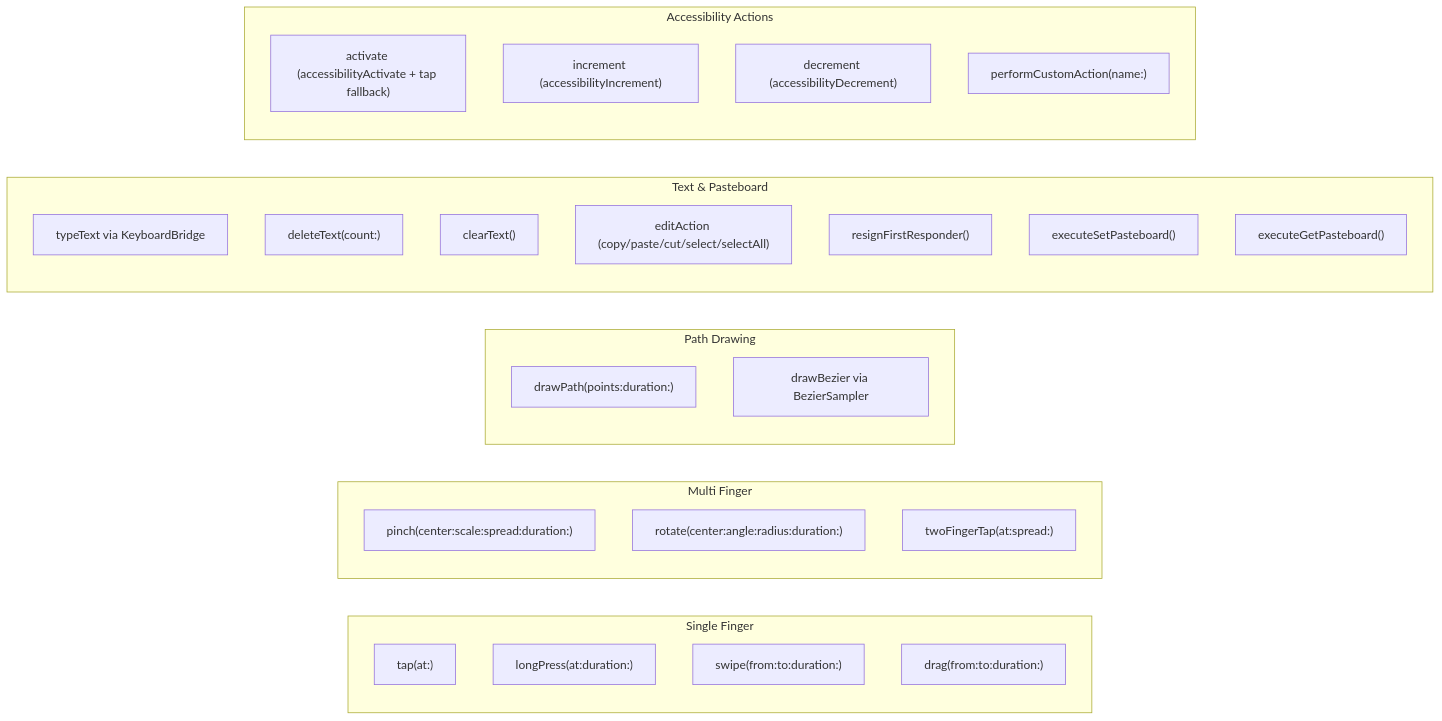
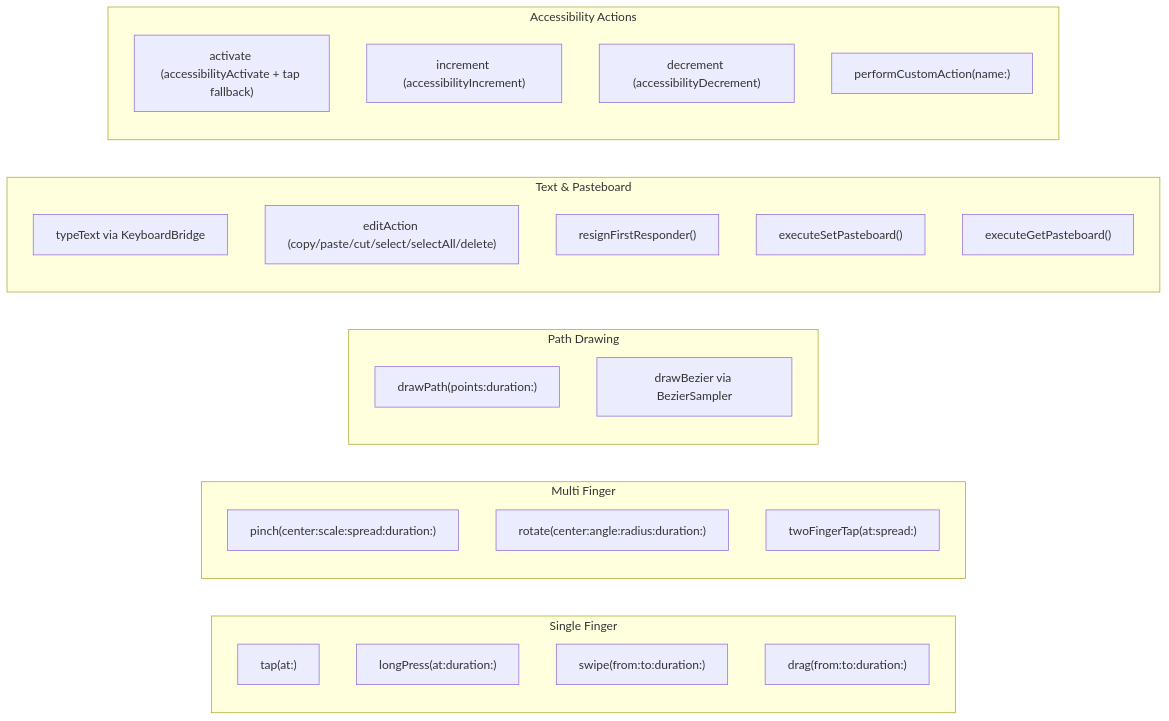
The third of 4 diagrams in docs/dossiers/14-THESAFECRACKER.md (RoyalPineapple/TheButtonHeist), drawn with Mermaid before and after one commit. The commit also changed 3 other files, not shown here.

Commit message:
Remove legacy type text edit paths

````diff
--- a/docs/dossiers/14-THESAFECRACKER.md
+++ b/docs/dossiers/14-THESAFECRACKER.md
@@ -144,37 +144,35 @@
 ```mermaid
 graph LR
     subgraph SingleFinger["Single Finger"]
         Tap["tap(at:)"]
         LongPress["longPress(at:duration:)"]
         Swipe["swipe(from:to:duration:)"]
         Drag["drag(from:to:duration:)"]
     end
 
     subgraph MultiFinger["Multi Finger"]
         Pinch["pinch(center:scale:spread:duration:)"]
         Rotate["rotate(center:angle:radius:duration:)"]
         TwoTap["twoFingerTap(at:spread:)"]
     end
 
     subgraph Path["Path Drawing"]
         DrawPath["drawPath(points:duration:)"]
         DrawBezier["drawBezier via BezierSampler"]
     end
 
     subgraph Text["Text & Pasteboard"]
         Type["typeText via KeyboardBridge"]
-        Delete["deleteText(count:)"]
-        Clear["clearText()"]
-        Edit["editAction (copy/paste/cut/select/selectAll)"]
+        Edit["editAction (copy/paste/cut/select/selectAll/delete)"]
         Dismiss["resignFirstResponder()"]
         SetPB["executeSetPasteboard()"]
         GetPB["executeGetPasteboard()"]
     end
 
     subgraph AccessActions["Accessibility Actions"]
         Activate["activate (accessibilityActivate + tap fallback)"]
         Increment["increment (accessibilityIncrement)"]
         Decrement["decrement (accessibilityDecrement)"]
         Custom["performCustomAction(name:)"]
     end
 ```
````
